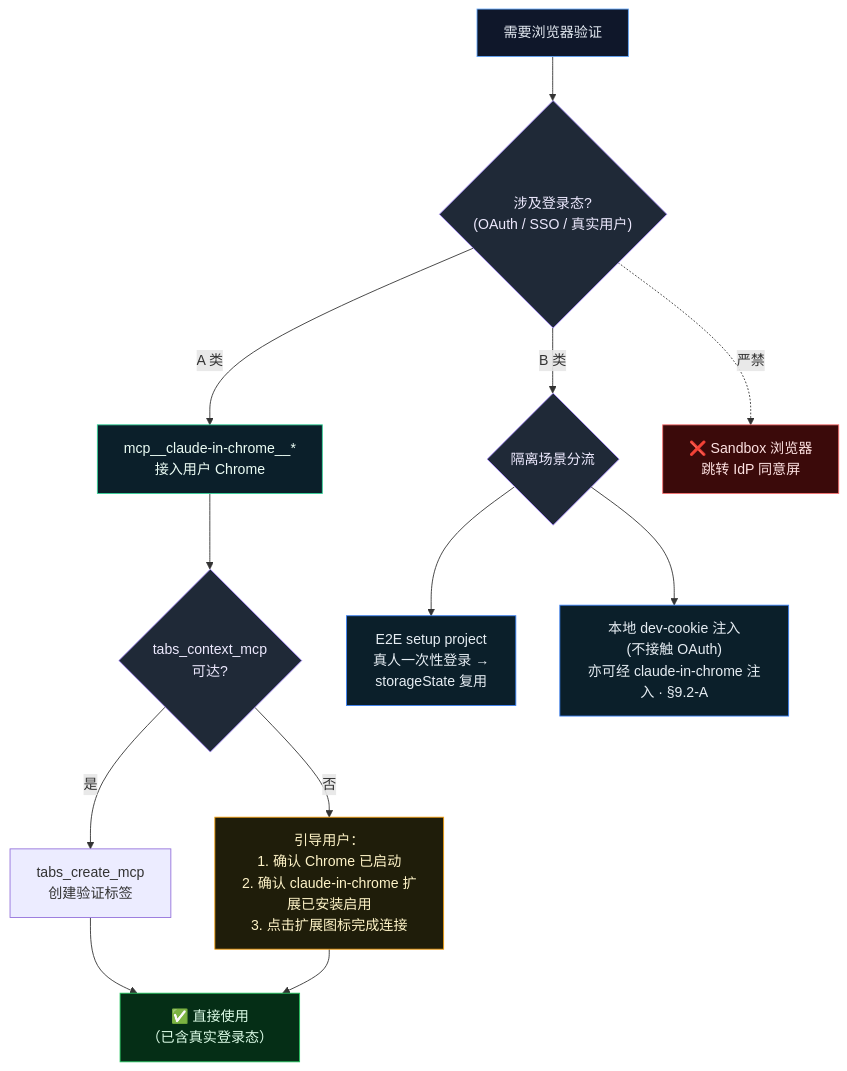
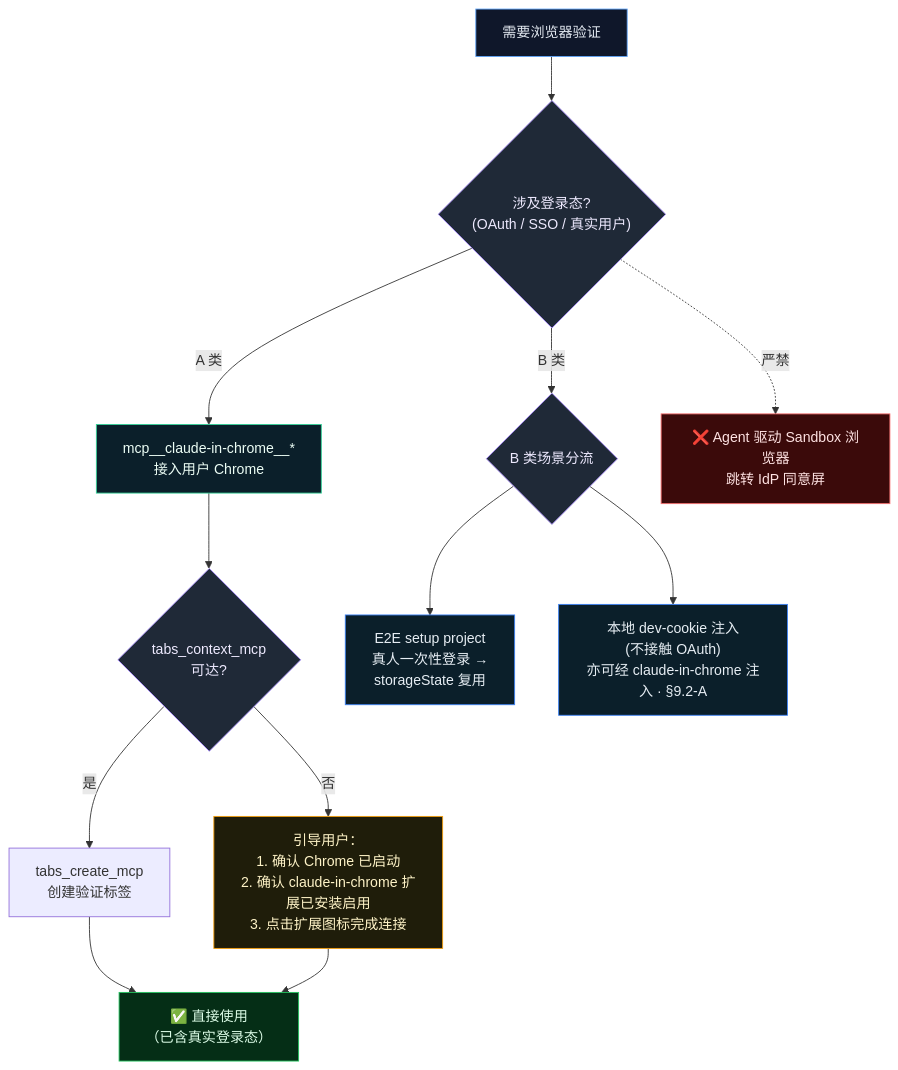
The first of 3 diagrams in docs/browser-validation.md (ThreeFish-AI/agents.md), drawn with Mermaid before and after one commit. The commit also changed other lines of this file and 2 other files, not shown here.

````diff
--- a/docs/browser-validation.md
+++ b/docs/browser-validation.md
@@ -116,28 +116,28 @@
 ```mermaid
 flowchart TD
   Start["需要浏览器验证"] --> NeedAuth{"涉及登录态?<br/>(OAuth / SSO / 真实用户)"}
 
   NeedAuth -->|"A 类"| CiC["mcp__claude-in-chrome__*<br/>接入用户 Chrome"]
   CiC --> Reachable{"tabs_context_mcp<br/>可达?"}
   Reachable -->|是| TabCreate["tabs_create_mcp<br/>创建验证标签"]
   TabCreate --> OK["✅ 直接使用<br/>（已含真实登录态）"]
   Reachable -->|否| Recover["引导用户：<br/>1. 确认 Chrome 已启动<br/>2. 确认 claude-in-chrome 扩展已安装启用<br/>3. 点击扩展图标完成连接"]
   Recover --> OK
 
-  NeedAuth -->|"B 类"| BRoute{"隔离场景分流"}
+  NeedAuth -->|"B 类"| BRoute{"B 类场景分流"}
   BRoute --> E2E["E2E setup project<br/>真人一次性登录 →<br/>storageState 复用"]
   BRoute --> DevCK["本地 dev-cookie 注入<br/>(不接触 OAuth)<br/>亦可经 claude-in-chrome 注入 · §9.2-A"]
 
-  NeedAuth -.->|"严禁"| Forbid["❌ Sandbox 浏览器<br/>跳转 IdP 同意屏"]
+  NeedAuth -.->|"严禁"| Forbid["❌ Agent 驱动 Sandbox 浏览器<br/>跳转 IdP 同意屏"]
 
   style Start fill:#0f172a,stroke:#60a5fa,color:#e2e8f0
   style CiC fill:#0b1f2a,stroke:#34d399,color:#ecfdf5
   style OK fill:#052e16,stroke:#22c55e,color:#dcfce7
   style Recover fill:#1f1d0a,stroke:#f59e0b,color:#fef3c7
   style E2E fill:#0b1f2a,stroke:#3b82f6,color:#e6edf3
   style DevCK fill:#0b1f2a,stroke:#3b82f6,color:#e6edf3
   style NeedAuth fill:#1f2937,stroke:#a78bfa,color:#ede9fe
   style Reachable fill:#1f2937,stroke:#a78bfa,color:#ede9fe
   style BRoute fill:#1f2937,stroke:#a78bfa,color:#ede9fe
   style Forbid fill:#3b0a0a,stroke:#f87171,color:#fee2e2
 ```
````
